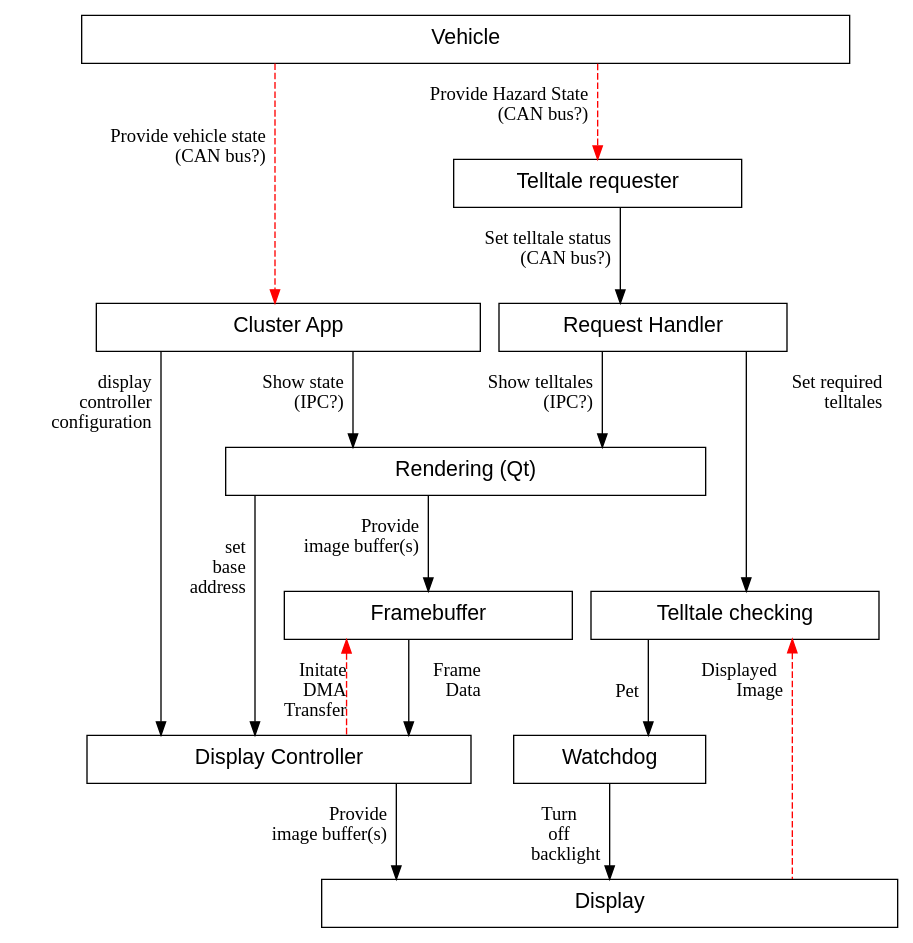
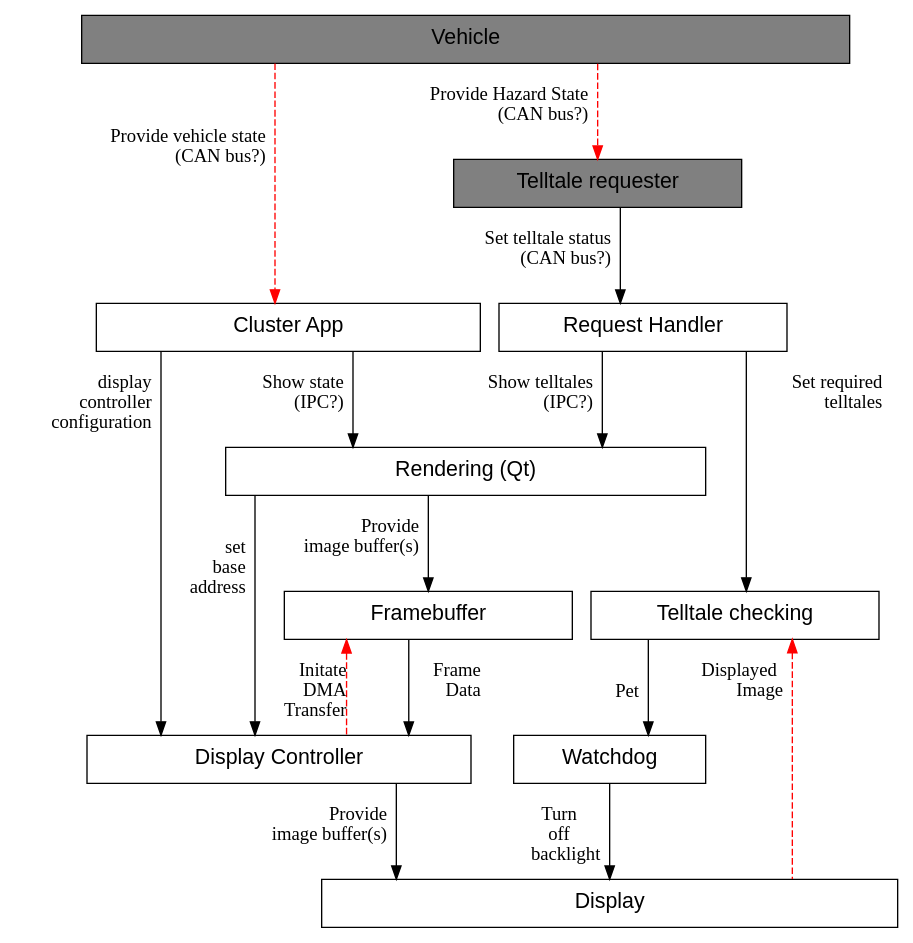
The diagram in Cluster_Display_Use_Case_v2/stpa/cluster-control-structure.dot (elisa-tech/wg-automotive), drawn with Graphviz before and after one commit. The commit also changed other lines of this file and 1 other file, not shown here.

Commit message:
Added Color code (grey) for Elements outside of the system scope Added description for Elements Telltale-checking and Request handler we discussed last Friday

```diff
--- a/Cluster_Display_Use_Case_v2/stpa/cluster-control-structure.dot
+++ b/Cluster_Display_Use_Case_v2/stpa/cluster-control-structure.dot
@@ -1,32 +1,32 @@
 digraph G {
 
 node [shape=box width=1 height=0.5 fontname=arial fontsize=16 style=filled fillcolor=white]
 graph [splines=ortho ranksep=1 nodesep=0.2 fontname=arial fontsize=16 compound=true]
 
-vehicle [label="Vehicle" width=8]
+vehicle [label="Vehicle" width=8, fillcolor=gray]
 cluster [label="Cluster App" width=4]
-requester [label="Telltale requester" width=3]
+requester [label="Telltale requester" width=3, fillcolor=gray]
 handler [label="Request Handler" width=3]
 render [label="Rendering (Qt)" width=5]
 dControl [label="Display Controller" width=4]
 framebuffer [label="Framebuffer" width=3]
 display [label="Display" width=6]
 check [label="Telltale checking" width=3]
 watchdog [label="Watchdog" width=2]
 
 vehicle -> cluster [taillabel="\r\r\r Provide vehicle state  \r(CAN bus?)  \r" style=dashed color=red]
 vehicle -> requester [taillabel="\rProvide Hazard State  \r(CAN bus?)  \r" style=dashed color=red]
 requester -> handler [taillabel="\rSet telltale status  \r(CAN bus?)  \r"]
 cluster -> render [taillabel="\rShow state  \r(IPC?)  \r" weight=2]
 cluster ->  dControl [taillabel="\r display  \rcontroller  \r configuration  \r" weight=2]
 handler -> check [taillabel="\r  Set required  \r telltales  \r"]
 handler -> render [taillabel="\rShow telltales  \r(IPC?)  \r"]
 dControl -> display [taillabel="\rProvide  \rimage buffer(s)  \r"]
 render -> framebuffer [taillabel="\rProvide  \rimage buffer(s)  \r"]
 check -> display [dir=back taillabel="\r Displayed \nImage  \r" style=dashed color=red]
 check -> watchdog [taillabel="\r\rPet  \r"]
 watchdog -> display [taillabel="\rTurn\noff\nbacklight  \r"]
 framebuffer -> dControl [dir=back taillabel="\r Initate \rDMA \r Transfer \r" style=dashed color=red]
 framebuffer -> dControl [taillabel="\r Frame  \r  Data  \r"]
 render -> dControl [taillabel="\r\r  set  \r base  \raddress  \r"]
 }
```
